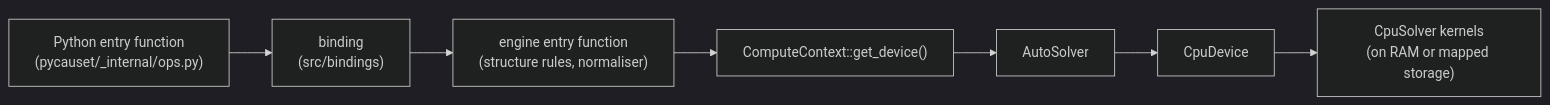
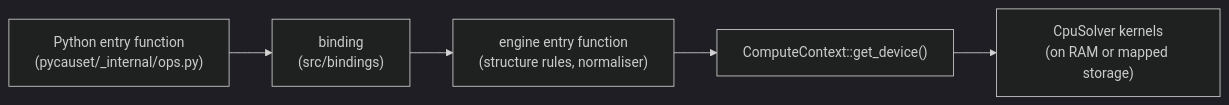
Before and after one commit to BrorH/pycauset: the diagram in documentation/internals/Compute Architecture.md, drawn with Mermaid (dark theme). The commit also changed other lines of this file and 32 other files, not shown here.

First line of the commit message:
Remove the forwarding device layers (AutoSolver, CpuDevice, ComputeDevice, CUDA plugin load) and the integer divide kernels; review 3.10 (3.4 C-13, C-17 part)

````diff
--- a/documentation/internals/Compute Architecture.md
+++ b/documentation/internals/Compute Architecture.md
@@ -8,9 +9,7 @@
 ```mermaid
 flowchart LR
     Py["Python entry function<br/>(pycauset/_internal/ops.py)"] --> Bind["binding<br/>(src/bindings)"]
     Bind --> Entry["engine entry function<br/>(structure rules, normaliser)"]
     Entry --> Ctx["ComputeContext::get_device()"]
-    Ctx --> Auto["AutoSolver"]
-    Auto --> Cpu["CpuDevice"]
-    Cpu --> Solver["CpuSolver kernels<br/>(on RAM or mapped storage)"]
+    Ctx --> Solver["CpuSolver kernels<br/>(on RAM or mapped storage)"]
 ```
````
